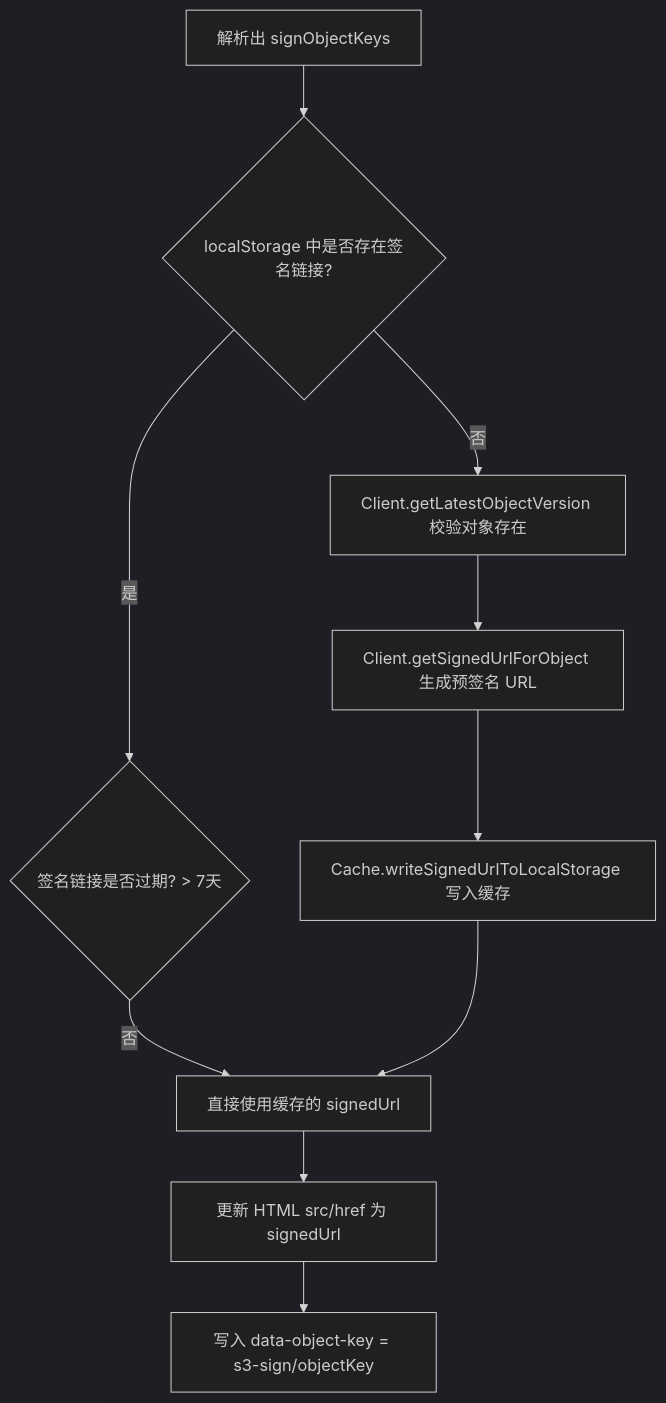
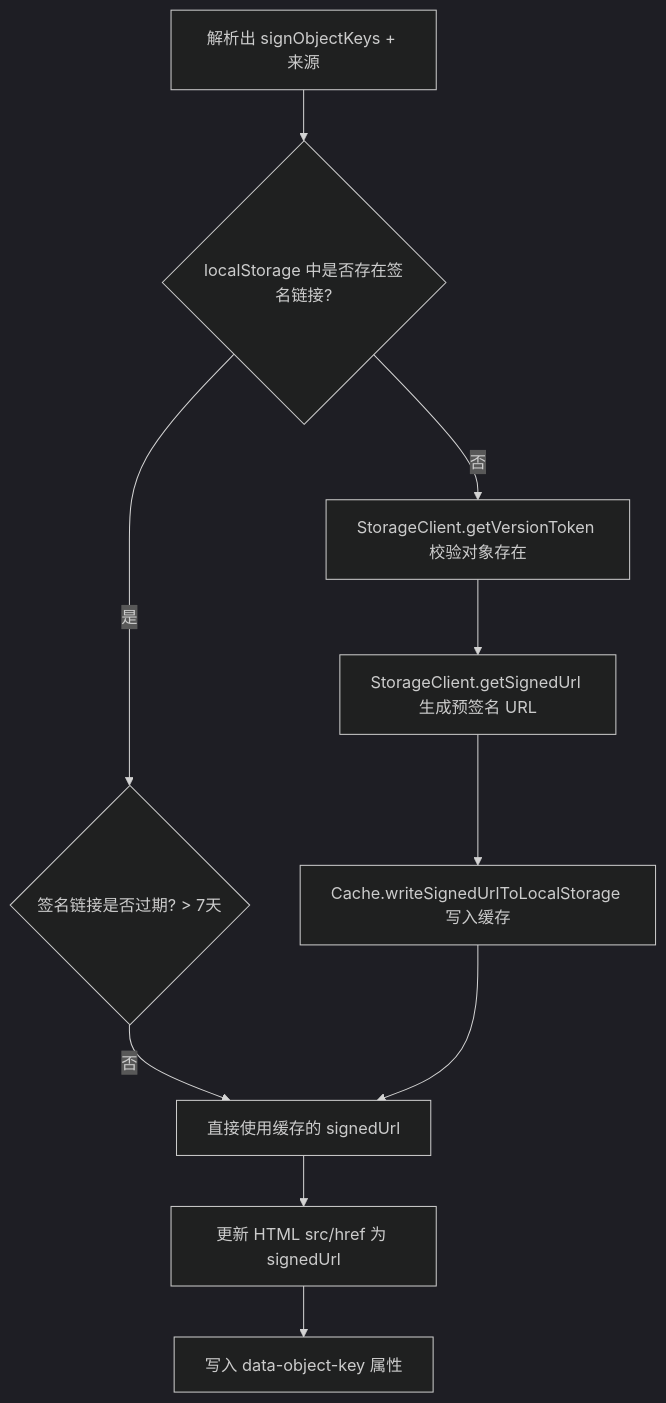
Before and after one commit to gavinzmq/obsidian-plugin-s3-link: the second of 4 diagrams in .arcmesh/system-repo/architecture.md, drawn with Mermaid (dark theme). The commit also changed other lines of this file and 29 other files, not shown here.

````diff
--- a/.arcmesh/system-repo/architecture.md
+++ b/.arcmesh/system-repo/architecture.md
@@ -228,12 +211,12 @@
 ```mermaid
 flowchart TD
-    A[解析出 signObjectKeys] --> B{localStorage 中是否存在签名链接?}
+    A[解析出 signObjectKeys + 来源] --> B{localStorage 中是否存在签名链接?}
     B -- 是 --> C{签名链接是否过期? > 7天}
     C -- 否 --> D[直接使用缓存的 signedUrl]
-    B -- 否 --> E[Client.getLatestObjectVersion 校验对象存在]
-    E --> F[Client.getSignedUrlForObject 生成预签名 URL]
+    B -- 否 --> E[StorageClient.getVersionToken 校验对象存在]
+    E --> F[StorageClient.getSignedUrl 生成预签名 URL]
     F --> G[Cache.writeSignedUrlToLocalStorage 写入缓存]
     G --> D
     D --> H[更新 HTML src/href 为 signedUrl]
-    H --> I[写入 data-object-key = s3-sign/objectKey]
+    H --> I[写入 data-object-key 属性]
 ```
````
